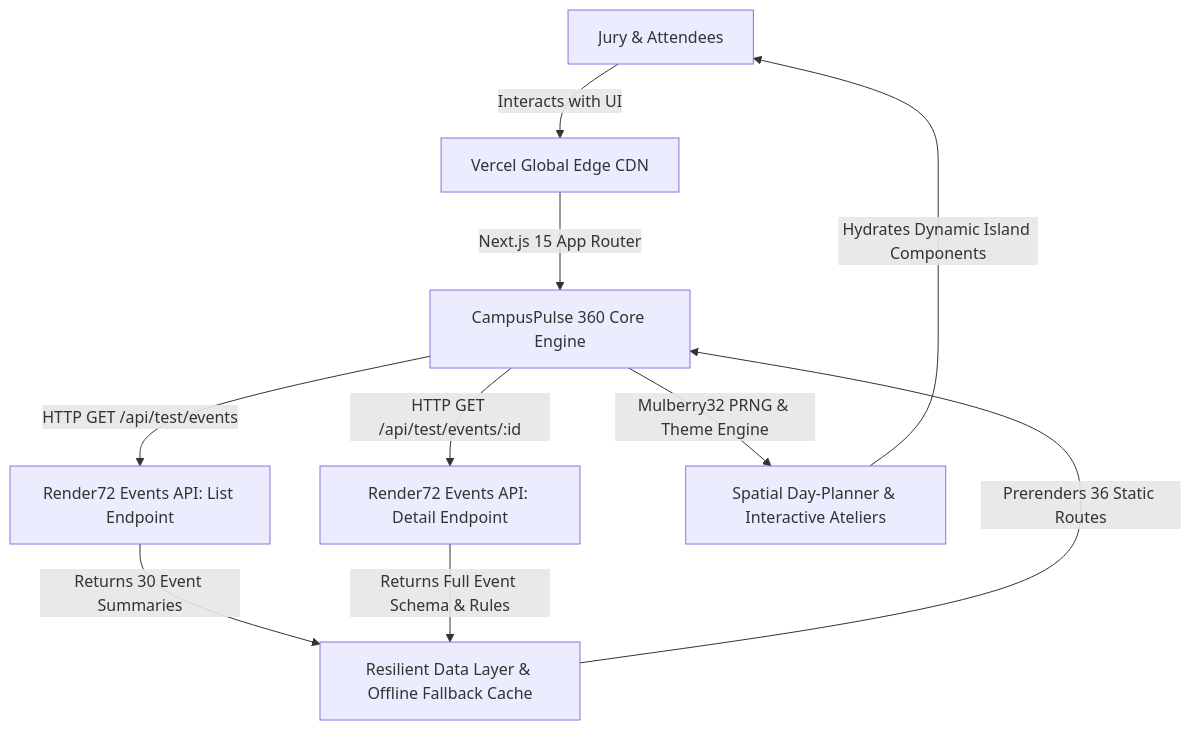
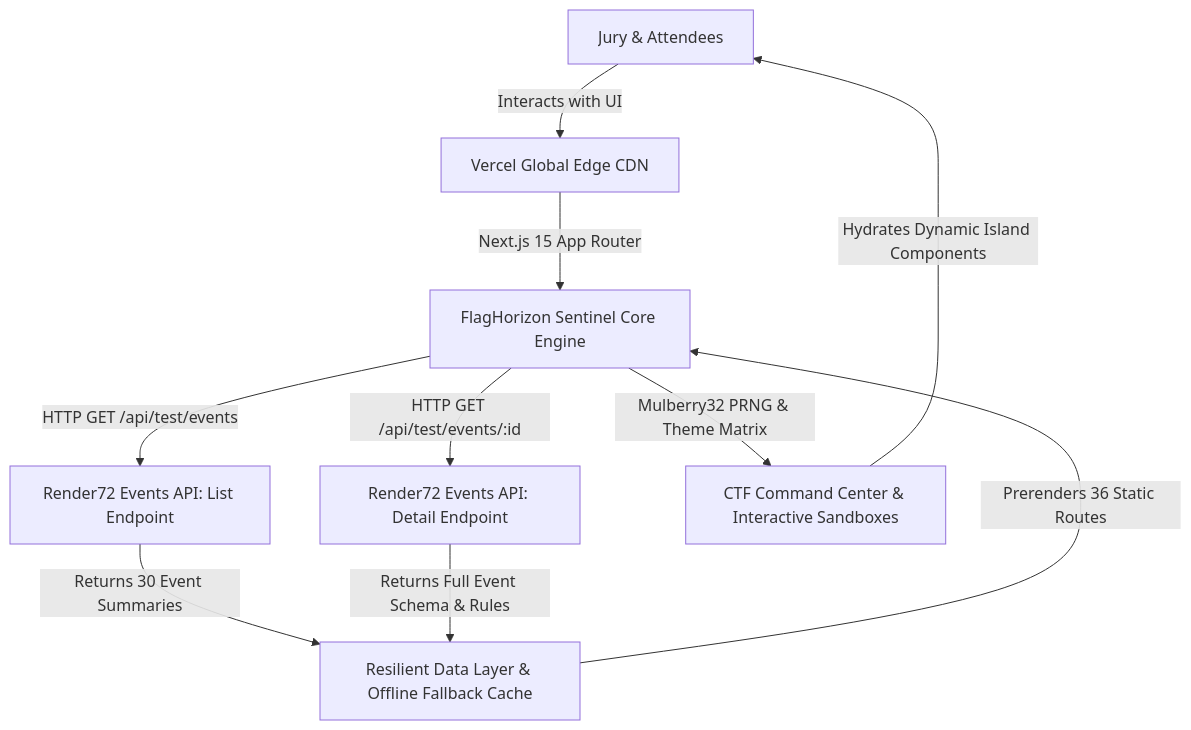
The first of 2 diagrams in README.md (sepas1609/render72-event-command-center), drawn with Mermaid before and after one commit. The commit also changed other lines of this file and 3 other files, not shown here.

Commit message:
fix: ensure main branch and production web app reflect Submission 1 FlagHorizon Sentinel

````diff
--- a/README.md
+++ b/README.md
@@ -29,12 +30,12 @@
 ```mermaid
 flowchart TD
     User["Jury & Attendees"] -->|"Interacts with UI"| CDN["Vercel Global Edge CDN"]
-    CDN -->|"Next.js 15 App Router"| App["CampusPulse 360 Core Engine"]
+    CDN -->|"Next.js 15 App Router"| App["FlagHorizon Sentinel Core Engine"]
     App -->|"HTTP GET /api/test/events"| ListAPI["Render72 Events API: List Endpoint"]
     App -->|"HTTP GET /api/test/events/:id"| DetailAPI["Render72 Events API: Detail Endpoint"]
     ListAPI -->|"Returns 30 Event Summaries"| ISR["Resilient Data Layer & Offline Fallback Cache"]
     DetailAPI -->|"Returns Full Event Schema & Rules"| ISR
     ISR -->|"Prerenders 36 Static Routes"| App
-    App -->|"Mulberry32 PRNG & Theme Engine"| Domain["Spatial Day-Planner & Interactive Ateliers"]
+    App -->|"Mulberry32 PRNG & Theme Matrix"| Domain["CTF Command Center & Interactive Sandboxes"]
     Domain -->|"Hydrates Dynamic Island Components"| User
 ```
````
